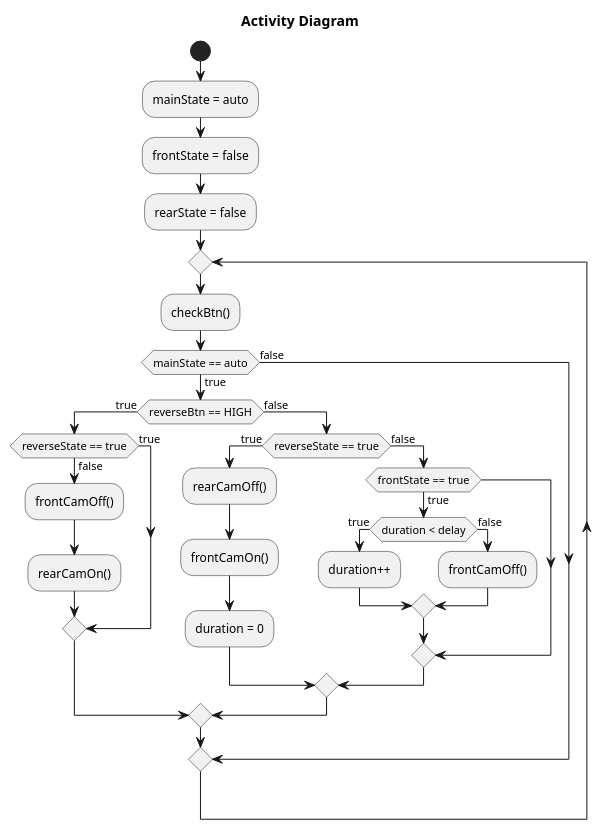
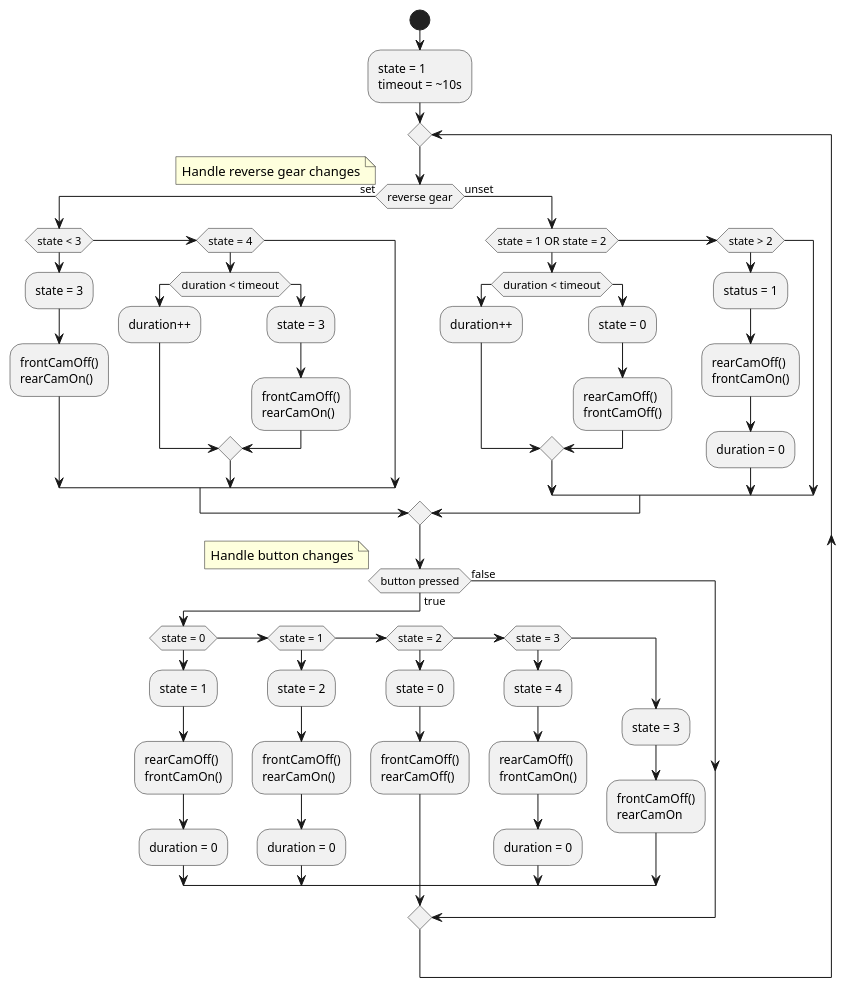
One commit to markoweb/car-cam changed the diagram in uml/activity.puml. Above: the diagram before and after it, drawn with PlantUML. The commit also changed 1 other file, not shown here.

Commit message:
Activity diagram update
- new controll model

```diff
--- a/uml/activity.puml
+++ b/uml/activity.puml
@@ -1,40 +1,71 @@
 @startuml
-
-title Activity Diagram 
 
 start
 
-:mainState = auto;
-:frontState = false;
-:rearState = false;
+:state = 1
+timeout = ~10s;
 
 repeat
 
-:checkBtn();
-
-if (mainState == auto) then (true)
-    if (reverseBtn == HIGH) then (true)
-        if (reverseState == true) then (true)
-        else (false)
-            :frontCamOff();
-            :rearCamOn();
+if (reverse gear) then (set)
+note: Handle reverse gear changes
+    if (state < 3) then
+        :state = 3;
+        :frontCamOff()
+        rearCamOn();
+    else if (state = 4) then
+        if (duration < timeout) then
+            :duration++;
+        else
+            :state = 3;
+            :frontCamOff()
+            rearCamOn();
         endif;
-    else (false)
-        if (reverseState == true) then (true)
-            :rearCamOff();
-            :frontCamOn();
-            :duration = 0;
-        else (false)
-            if (frontState == true) then (true)
-                if (duration < delay) then (true)
-                    :duration++;
-                else (false)
-                    :frontCamOff();
-                endif;
-            endif;
+    else
+    endif;
+else (unset)
+    if (state = 1 OR state = 2) then
+        if (duration < timeout) then
+            :duration++;
+        else
+            :state = 0;
+            :rearCamOff()
+            frontCamOff();
         endif;
+    else if (state > 2) then
+        :status = 1;
+        :rearCamOff()
+        frontCamOn();
+        :duration = 0;
     endif;
-else (false)
 endif;
 
+if (button pressed) then (true)
+note: Handle button changes
+    if (state = 0) then
+        :state = 1;
+        :rearCamOff()
+        frontCamOn();
+        :duration = 0;
+    else if (state = 1) then
+        :state = 2;
+        :frontCamOff()
+        rearCamOn();
+        :duration = 0;
+    else if (state = 2) then
+        :state = 0;
+        :frontCamOff()
+        rearCamOff();
+    else if (state = 3)
+        :state = 4;
+        :rearCamOff()
+        frontCamOn();
+        :duration = 0;
+    else
+        :state = 3;
+        :frontCamOff()
+        rearCamOn;
+    endif
+else (false)
+endif
 @enduml
```
